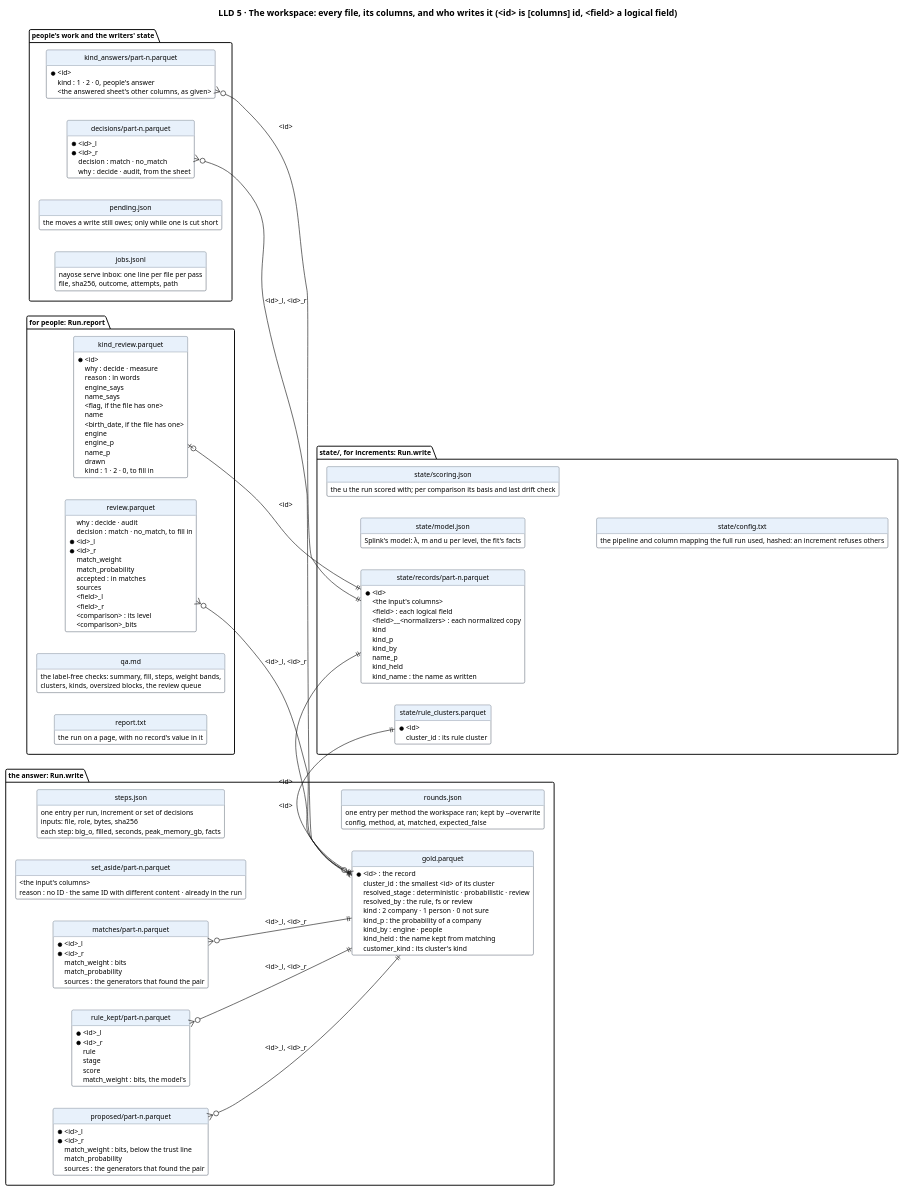
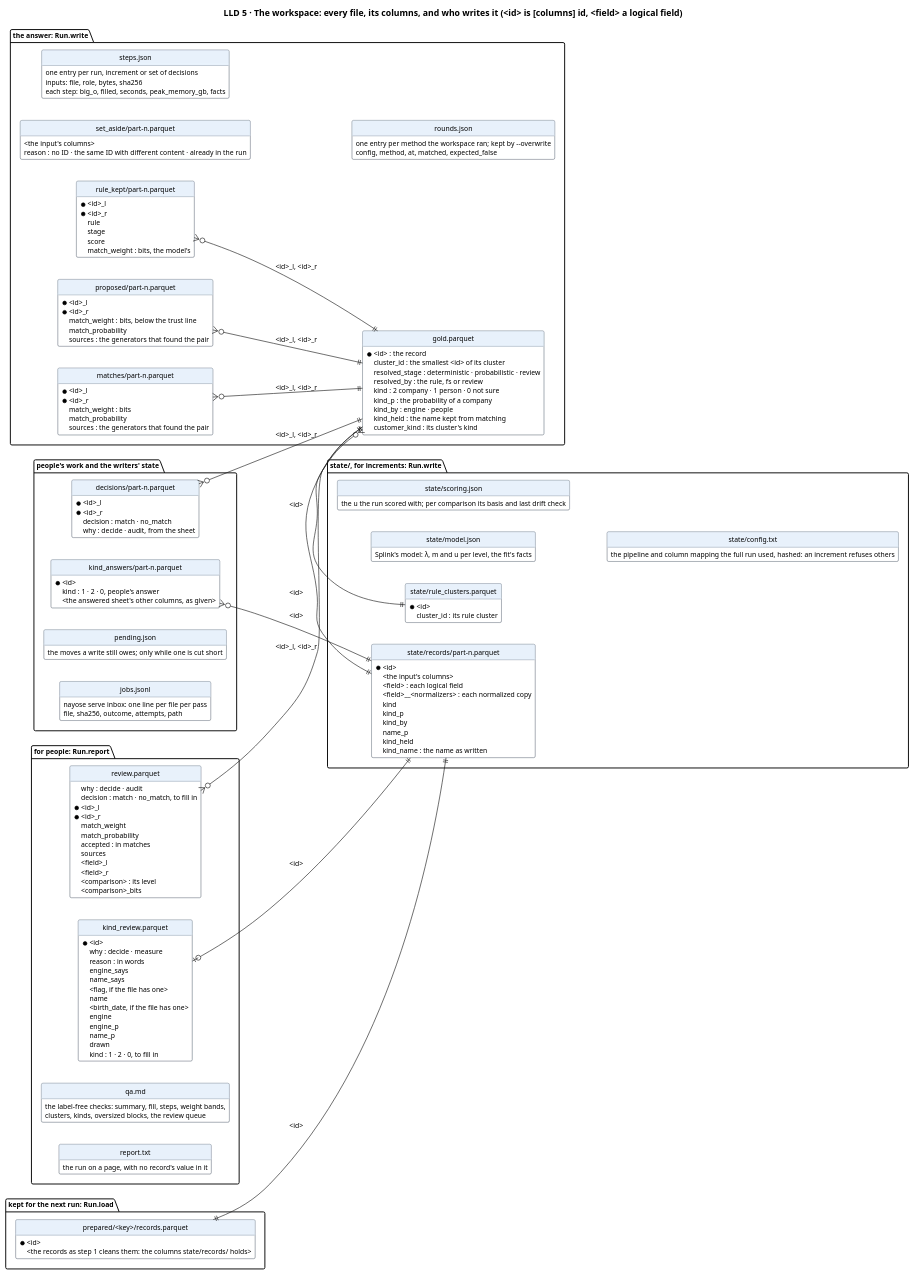
One commit to mvsbm/entity_matching changed the diagram in docs/diagrams/data.puml. Above: the diagram before and after it, drawn with PlantUML. The commit also changed 14 other files, not shown here.

First line of the commit message:
A full run keeps its cleaned records and reads them again while nothing they rest on changed

```diff
--- a/docs/diagrams/data.puml
+++ b/docs/diagrams/data.puml
@@ -1,162 +1,170 @@
 @startuml data
 title LLD 5 · The workspace: every file, its columns, and who writes it (<id> is [columns] id, <field> a logical field)
 set namespaceSeparator none
 left to right direction
 hide circle
 hide methods
 skinparam defaultFontSize 11
 skinparam class {
   BackgroundColor #FFFFFF
   BorderColor #65717E
   HeaderBackgroundColor #E8F1FB
 }
 
 package "the answer: Run.write" {
   entity "gold.parquet" as gold {
     * <id> : the record
     cluster_id : the smallest <id> of its cluster
     resolved_stage : deterministic · probabilistic · review
     resolved_by : the rule, fs or review
     kind : 2 company · 1 person · 0 not sure
     kind_p : the probability of a company
     kind_by : engine · people
     kind_held : the name kept from matching
     customer_kind : its cluster's kind
   }
   entity "matches/part-n.parquet" as matches {
     * <id>_l
     * <id>_r
     match_weight : bits
     match_probability
     sources : the generators that found the pair
   }
   entity "rule_kept/part-n.parquet" as rule_kept {
     * <id>_l
     * <id>_r
     rule
     stage
     score
     match_weight : bits, the model's
     merged : at the trust line or above (none set: every pair), and no no_match
   }
   entity "proposed/part-n.parquet" as proposed {
     * <id>_l
     * <id>_r
     match_weight : bits, below the trust line
     match_probability
     sources : the generators that found the pair
   }
   entity "set_aside/part-n.parquet" as set_aside {
     <the input's columns>
     reason : no ID · the same ID with different content · already in the run
   }
   entity "steps.json" as steps {
     one entry per run, increment or set of decisions
     inputs: file, role, bytes, sha256
     each step: big_o, filled, seconds, peak_memory_gb, facts
   }
   entity "rounds.json" as rounds {
     one entry per method the workspace ran; kept by --overwrite
     config, method, at, matched, expected_false
   }
 }
 
 package "state/, for increments: Run.write" {
   entity "state/records/part-n.parquet" as records {
     * <id>
     <the input's columns>
     <field> : each logical field
     <field>__<normalizers> : each normalized copy
     kind
     kind_p
     kind_by
     name_p
     kind_held
     kind_name : the name as written
   }
   entity "state/rule_clusters.parquet" as rule_clusters {
     * <id>
     cluster_id : its rule cluster
   }
   entity "state/model.json" as model {
     Splink's model: λ, m and u per level, the fit's facts
   }
   entity "state/scoring.json" as scoring {
     the u the run scored with; per comparison its basis and last drift check
   }
   entity "state/config.txt" as config {
     the pipeline and column mapping the full run used, hashed: an increment refuses others
   }
 }
 
+package "kept for the next run: Run.load" {
+  entity "prepared/<key>/records.parquet" as prepared {
+    * <id>
+    <the records as step 1 cleans them: the columns state/records/ holds>
+  }
+}
+
 package "for people: Run.report" {
   entity "review.parquet" as review {
     why : decide · audit
     decision : match · no_match, to fill in
     * <id>_l
     * <id>_r
     match_weight
     match_probability
     accepted : in matches
     sources
     <field>_l
     <field>_r
     <comparison> : its level
     <comparison>_bits
   }
   entity "kind_review.parquet" as kind_review {
     * <id>
     why : decide · measure
     reason : in words
     engine_says
     name_says
     <flag, if the file has one>
     name
     <birth_date, if the file has one>
     engine
     engine_p
     name_p
     drawn
     kind : 1 · 2 · 0, to fill in
   }
   entity "qa.md" as qa {
     the label-free checks: summary, fill, steps, weight bands,
     clusters, kinds, oversized blocks, the review queue
   }
   entity "report.txt" as report {
     the run on a page, with no record's value in it
   }
 }
 
 package "people's work and the writers' state" {
   entity "decisions/part-n.parquet" as decisions {
     * <id>_l
     * <id>_r
     decision : match · no_match
     why : decide · audit, from the sheet
     round : the round it was decided in (rounds.json)
   }
   entity "kind_answers/part-n.parquet" as kind_answers {
     * <id>
     kind : 1 · 2 · 0, people's answer
     <the answered sheet's other columns, as given>
   }
   entity "pending.json" as pending {
     the moves a write still owes; only while one is cut short
   }
   entity "jobs.jsonl" as jobs {
     nayose serve inbox: one line per file per pass
     file, sha256, outcome, attempts, path
   }
 }
 
 gold }o--|| rule_clusters : <id>
 matches }o--|| gold : <id>_l, <id>_r
 rule_kept }o--|| gold : <id>_l, <id>_r
 proposed }o--|| gold : <id>_l, <id>_r
 records ||--|| gold : <id>
 kind_answers }o--|| records : <id>
+prepared ||--|| records : <id>
 review }o--|| gold : <id>_l, <id>_r
 kind_review |o--|| records : <id>
 decisions }o--|| gold : <id>_l, <id>_r
 @enduml
```
